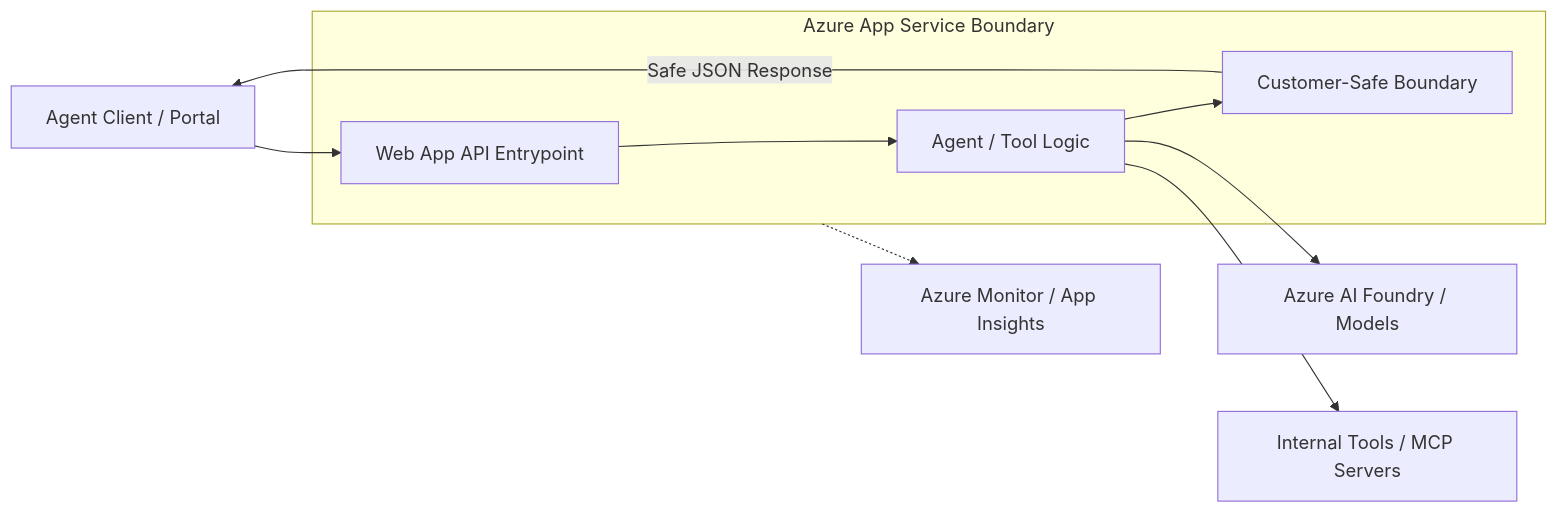
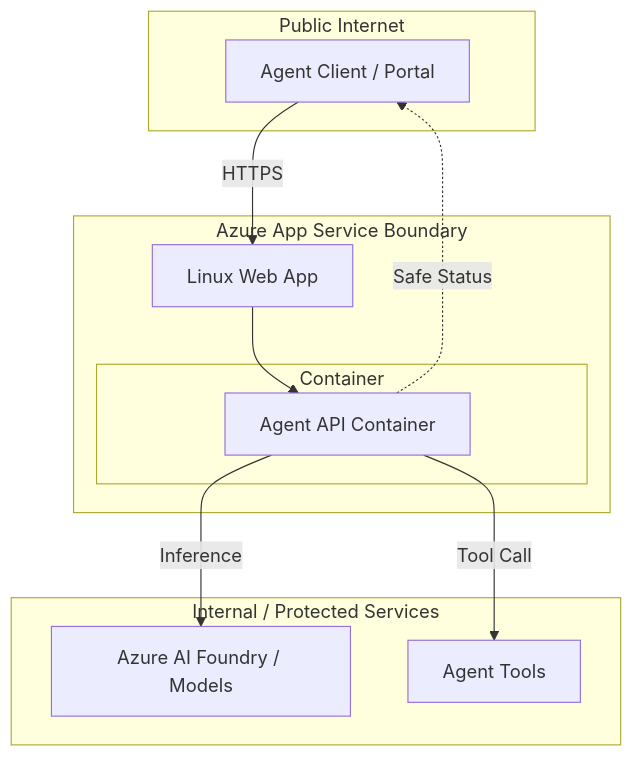
One commit to wildersa/azure_ref_kit changed the diagram in building-blocks/hosting/webapp-agent-api/README.md. Above: the diagram before and after it, drawn with Mermaid. The commit also changed other lines of this file and 10 other files, not shown here.

First line of the commit message:
[HOST-002] Add Azure App Service hosting adapter for container agent API (#188)

````diff
--- a/building-blocks/hosting/webapp-agent-api/README.md
+++ b/building-blocks/hosting/webapp-agent-api/README.md
@@ -38,12 +34,24 @@
 ```mermaid
-flowchart LR
-    Client[Agent Client / Portal] --> API[Web App API Entrypoint]
-    subgraph WebApp[Azure App Service Boundary]
-        API --> AgentLogic[Agent / Tool Logic]
-        AgentLogic --> Security[Customer-Safe Boundary]
+flowchart TD
+    subgraph "Public Internet"
+        Client[Agent Client / Portal]
     end
-    Security -->|Safe JSON Response| Client
-    AgentLogic --> AI[Azure AI Foundry / Models]
-    AgentLogic --> Tools[Internal Tools / MCP Servers]
-    WebApp -.-> Obs[Azure Monitor / App Insights]
+
+    subgraph "Azure App Service Boundary"
+        WebApp[Linux Web App]
+        subgraph "Container"
+            API[Agent API Container]
+        end
+    end
+
+    subgraph "Internal / Protected Services"
+        LLM[Azure AI Foundry / Models]
+        Tools[Agent Tools]
+    end
+
+    Client -->|HTTPS| WebApp
+    WebApp --> API
+    API -->|Inference| LLM
+    API -->|Tool Call| Tools
+    API -.->|Safe Status| Client
 ```
````
